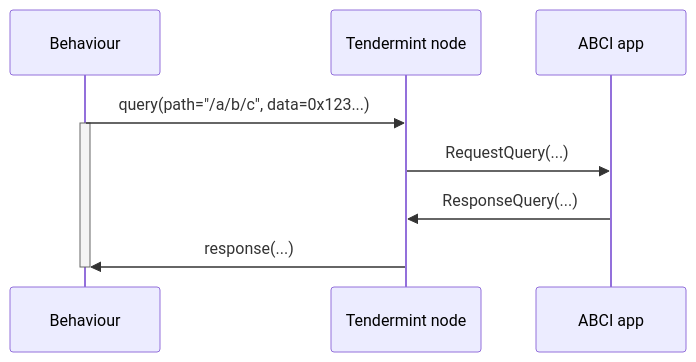
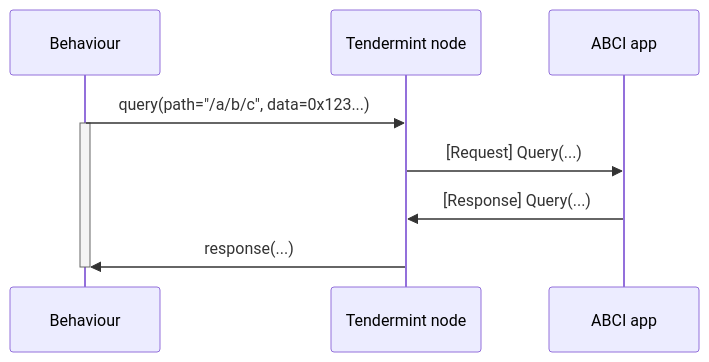
The fourth of 4 diagrams in docs/abci.md (valory-xyz/open-autonomy), drawn with Mermaid before and after one commit. The commit also changed other lines of this file and 23 other files, not shown here.

```diff
--- a/docs/abci.md
+++ b/docs/abci.md
@@ -215,15 +233,14 @@
 <div class="mermaid">
     sequenceDiagram
 
         participant Behaviour
         participant Tendermint node
         participant ABCI app
 
         Behaviour->>Tendermint node: query(path="/a/b/c", data=0x123...)
         activate Behaviour
-        Tendermint node->>ABCI app: RequestQuery(...)
-        ABCI app->>Tendermint node: ResponseQuery(...)
+        Tendermint node->>ABCI app: [Request] Query(...)
+        ABCI app->>Tendermint node: [Response] Query(...)
         Tendermint node->>Behaviour: response(...)
         deactivate Behaviour
-
 </div>
```
